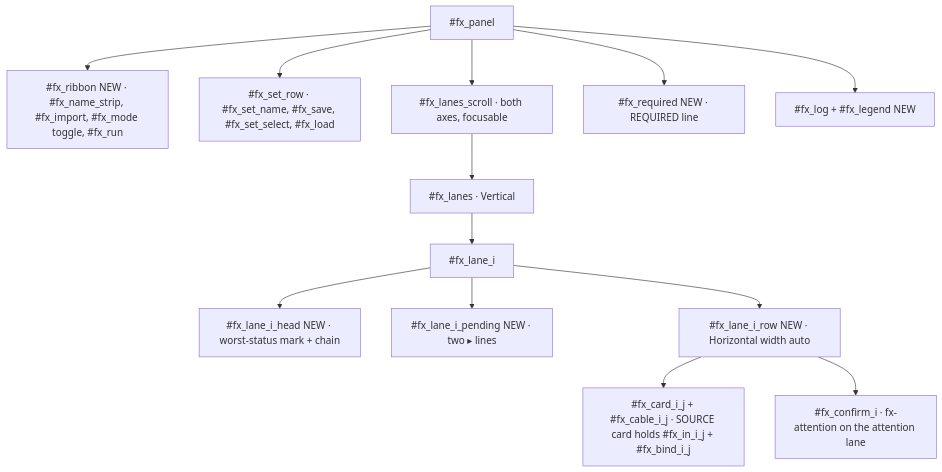
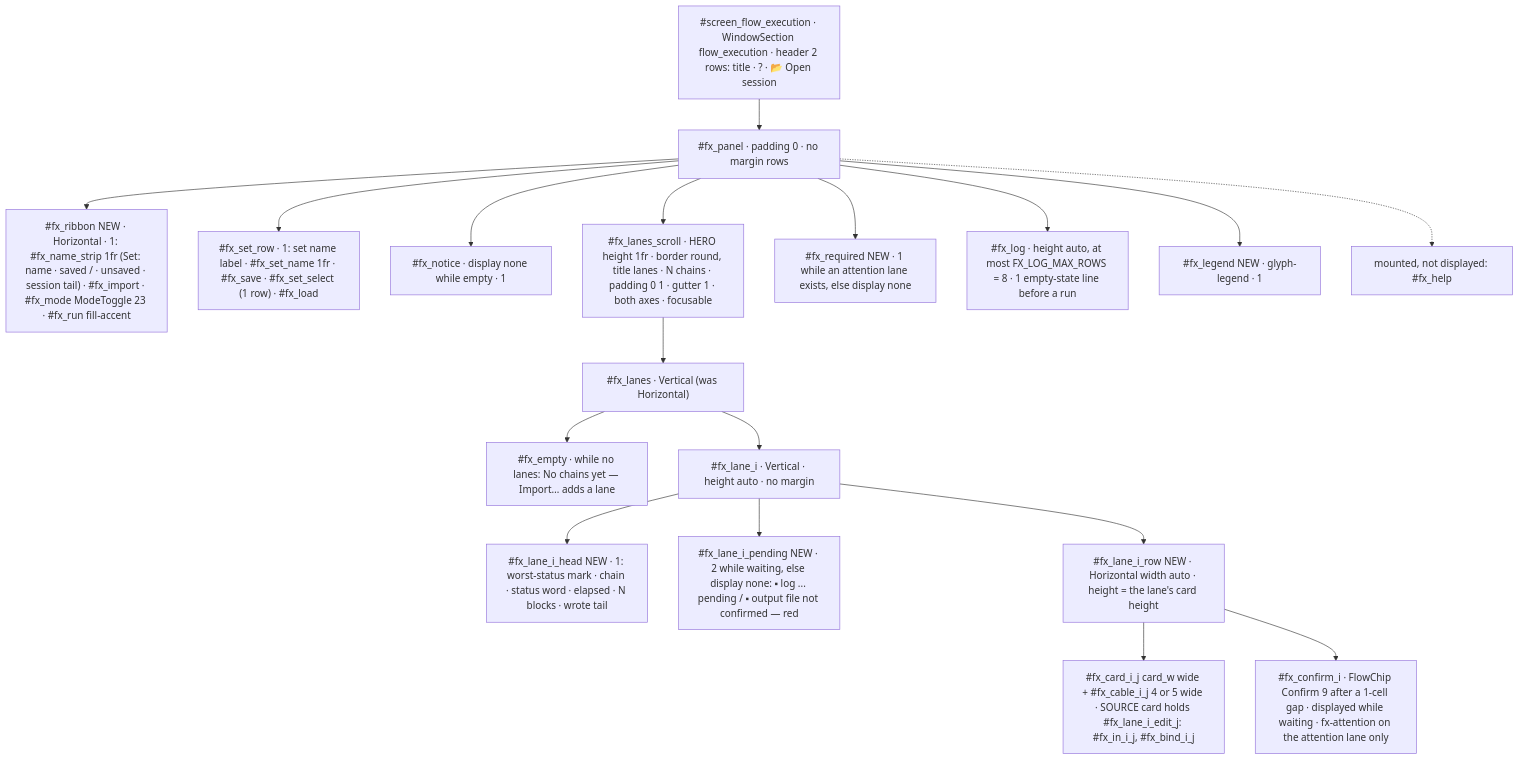
Before and after one commit to jav201/s19_app: the second of 6 diagrams in .dev-flow/2026-10-19-batch-97/design/design-proposal.md, drawn with Mermaid. The commit also changed other lines of this file and 96 other files, not shown here.

First line of the commit message:
batch-97 Inc-6: Flow Execution — one pipeline per lane, attention and Confirm

````diff
--- a/.dev-flow/2026-10-19-batch-97/design/design-proposal.md
+++ b/.dev-flow/2026-10-19-batch-97/design/design-proposal.md
@@ -153,15 +153,20 @@
 ```mermaid
 graph TD
-  X["#fx_panel"] --> RB["#fx_ribbon NEW · #fx_name_strip, #fx_import, #fx_mode toggle, #fx_run"]
-  X --> SR["#fx_set_row · #fx_set_name, #fx_save, #fx_set_select, #fx_load"]
-  X --> LS["#fx_lanes_scroll · both axes, focusable"]
-  LS --> LN["#fx_lanes · Vertical"]
-  LN --> LA["#fx_lane_i"]
-  LA --> H["#fx_lane_i_head NEW · worst-status mark + chain"]
-  LA --> PD["#fx_lane_i_pending NEW · two ▸ lines"]
-  LA --> RW["#fx_lane_i_row NEW · Horizontal width auto"]
-  RW --> CD["#fx_card_i_j + #fx_cable_i_j · SOURCE card holds #fx_in_i_j + #fx_bind_i_j"]
-  RW --> CF["#fx_confirm_i · fx-attention on the attention lane"]
-  X --> RQ["#fx_required NEW · REQUIRED line"]
-  X --> LG["#fx_log + #fx_legend NEW"]
+  W["#screen_flow_execution · WindowSection flow_execution · header 2 rows: title · ? · 📂 Open session"] --> X["#fx_panel · padding 0 · no margin rows"]
+  X --> RB["#fx_ribbon NEW · Horizontal · 1: #fx_name_strip 1fr (Set: name · saved / · unsaved · session tail) · #fx_import · #fx_mode ModeToggle 23 · #fx_run fill-accent"]
+  X --> SR["#fx_set_row · 1: set name label · #fx_set_name 1fr · #fx_save · #fx_set_select (1 row) · #fx_load"]
+  X --> NT["#fx_notice · display none while empty · 1"]
+  X --> LS["#fx_lanes_scroll · HERO height 1fr · border round, title lanes · N chains · padding 0 1 · gutter 1 · both axes · focusable"]
+  LS --> LN["#fx_lanes · Vertical (was Horizontal)"]
+  LN --> EM["#fx_empty · while no lanes: No chains yet — Import… adds a lane"]
+  LN --> LA["#fx_lane_i · Vertical · height auto · no margin"]
+  LA --> H["#fx_lane_i_head NEW · 1: worst-status mark · chain · status word · elapsed · N blocks · wrote tail"]
+  LA --> PD["#fx_lane_i_pending NEW · 2 while waiting, else display none: ▪ log ... pending / ▪ output file not confirmed — red"]
+  LA --> RW["#fx_lane_i_row NEW · Horizontal width auto · height = the lane's card height"]
+  RW --> CD["#fx_card_i_j card_w wide + #fx_cable_i_j 4 or 5 wide · SOURCE card holds #fx_lane_i_edit_j: #fx_in_i_j, #fx_bind_i_j"]
+  RW --> CF["#fx_confirm_i · FlowChip Confirm 9 after a 1-cell gap · displayed while waiting · fx-attention on the attention lane only"]
+  X --> RQ["#fx_required NEW · 1 while an attention lane exists, else display none"]
+  X --> LG0["#fx_log · height auto, at most FX_LOG_MAX_ROWS = 8 · 1 empty-state line before a run"]
+  X --> LG["#fx_legend NEW · glyph-legend · 1"]
+  X -.-> HID["mounted, not displayed: #fx_help"]
 ```
````
